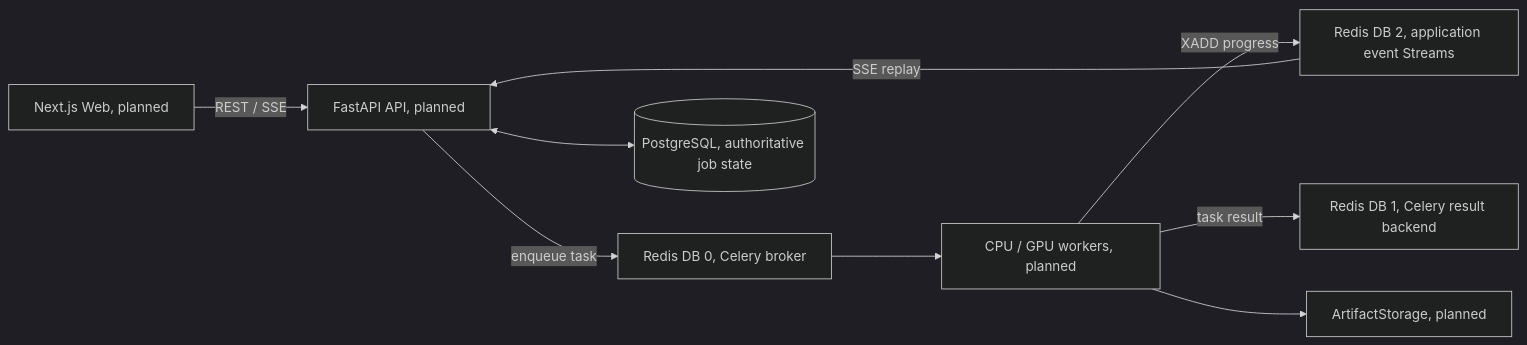
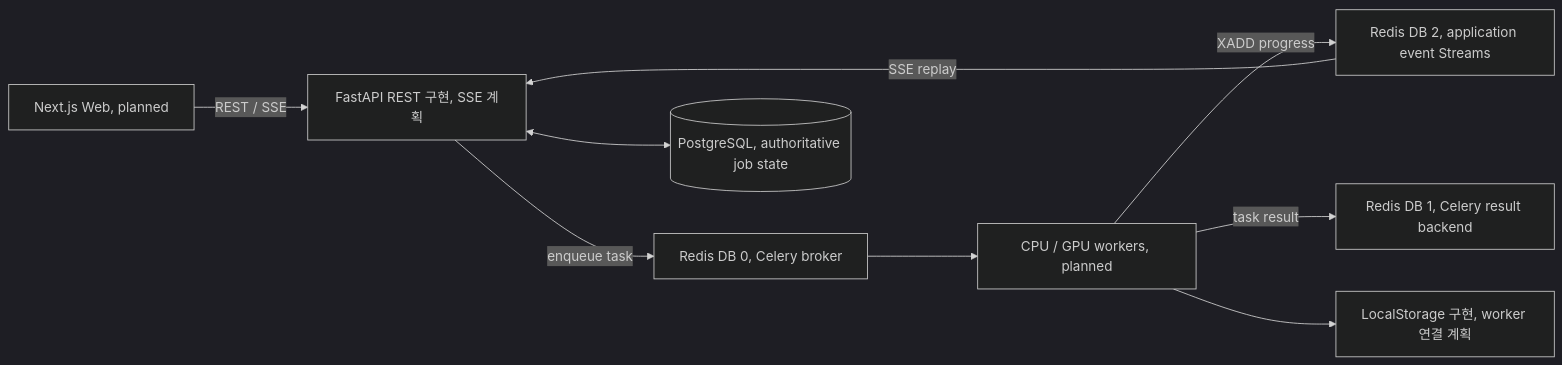
Before and after one commit to reha-design/MusicSheet: the diagram in README.md, drawn with Mermaid (dark theme). The commit also changed other lines of this file and 3 other files, not shown here.

````diff
--- a/README.md
+++ b/README.md
@@ -40,11 +42,11 @@
 ```mermaid
 flowchart LR
-    Web[Next.js Web, planned] -->|REST / SSE| API[FastAPI API, planned]
+    Web[Next.js Web, planned] -->|REST / SSE| API[FastAPI REST 구현, SSE 계획]
     API -->|enqueue task| Broker[Redis DB 0, Celery broker]
     Broker --> Workers[CPU / GPU workers, planned]
     Workers -->|XADD progress| Events[Redis DB 2, application event Streams]
     Events -->|SSE replay| API
     API <--> PostgreSQL[(PostgreSQL, authoritative job state)]
     Workers -->|task result| Results[Redis DB 1, Celery result backend]
-    Workers --> Storage[ArtifactStorage, planned]
+    Workers --> Storage[LocalStorage 구현, worker 연결 계획]
 ```
````
